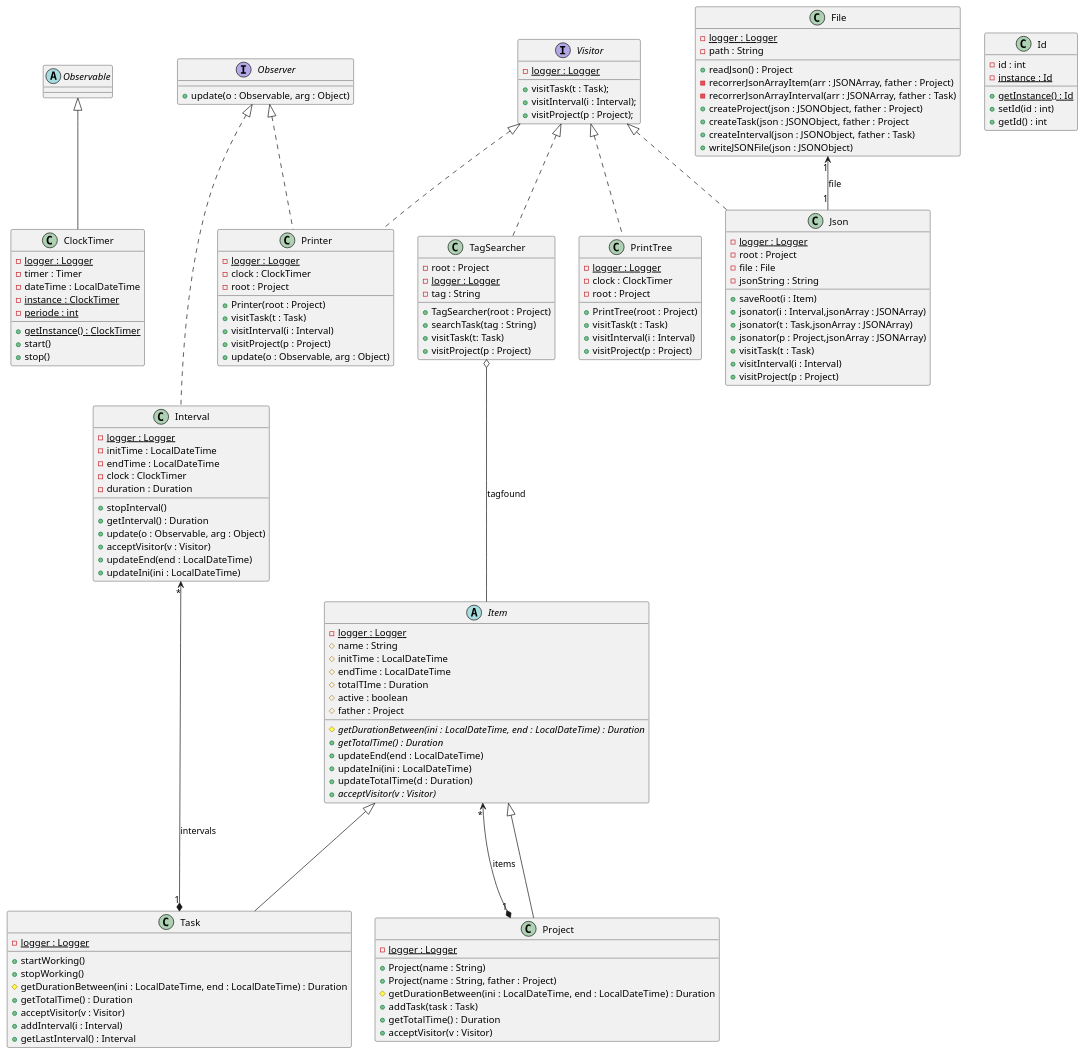
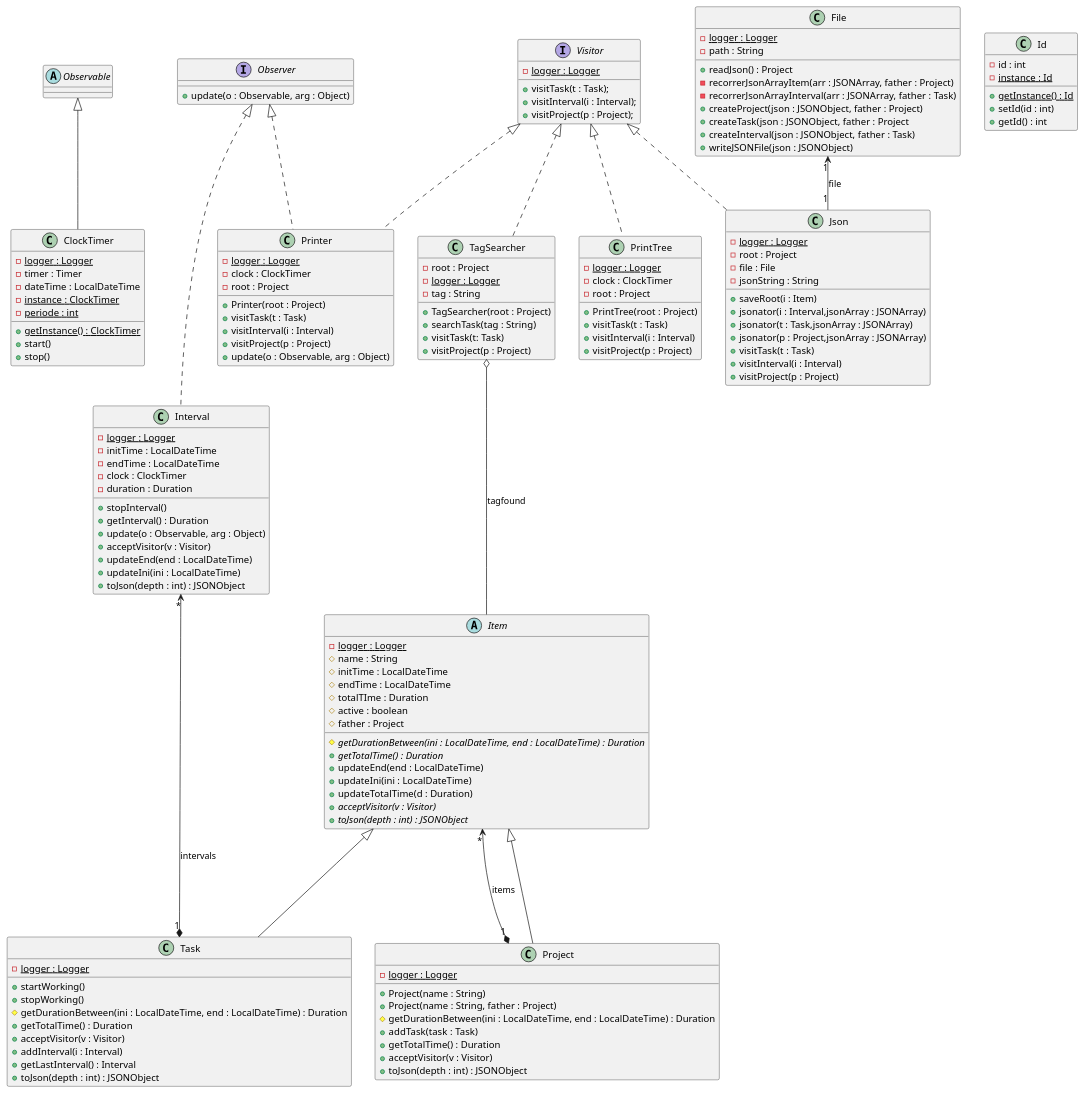
Before and after one commit to ewyalcuadrao/DS_practica: the diagram in diagrama_Timetracker_milestone3.puml, drawn with PlantUML.

Commit message:
Milestone 3 commit

```diff
--- a/diagrama_Timetracker_milestone3.puml
+++ b/diagrama_Timetracker_milestone3.puml
@@ -1,158 +1,162 @@
 @startuml
 abstract Observable{
 
 }
 
 interface Observer{
 + update(o : Observable, arg : Object)
 }
 
 abstract Item{
 - {static} logger : Logger
 # name : String
 # initTime : LocalDateTime
 # endTime : LocalDateTime
 # totalTIme : Duration
 # active : boolean
 # father : Project
 # {abstract} getDurationBetween(ini : LocalDateTime, end : LocalDateTime) : Duration
 + {abstract} getTotalTime() : Duration
 + updateEnd(end : LocalDateTime)
 + updateIni(ini : LocalDateTime)
 + updateTotalTime(d : Duration)
 + {abstract} acceptVisitor(v : Visitor)
++ {abstract} toJson(depth : int) : JSONObject
 }
 
 
 class Project{
 - {static} logger : Logger
 + Project(name : String)
 + Project(name : String, father : Project)
 # getDurationBetween(ini : LocalDateTime, end : LocalDateTime) : Duration
 + addTask(task : Task)
 + getTotalTime() : Duration
 + acceptVisitor(v : Visitor)
++ toJson(depth : int) : JSONObject
 }
 
 class Task{
 - {static} logger : Logger
 + startWorking()
 + stopWorking()
 # getDurationBetween(ini : LocalDateTime, end : LocalDateTime) : Duration
 + getTotalTime() : Duration
 + acceptVisitor(v : Visitor)
 + addInterval(i : Interval)
 + getLastInterval() : Interval
++ toJson(depth : int) : JSONObject
 }
 
 class Interval{
 - {static} logger : Logger
 - initTime : LocalDateTime
 - endTime : LocalDateTime
 - clock : ClockTimer
 - duration : Duration
 + stopInterval()
 + getInterval() : Duration
 + update(o : Observable, arg : Object)
 + acceptVisitor(v : Visitor)
 + updateEnd(end : LocalDateTime)
 + updateIni(ini : LocalDateTime)
++ toJson(depth : int) : JSONObject
 }
 
 class ClockTimer{
 - {static} logger : Logger
 - timer : Timer
 - dateTime : LocalDateTime
 - {static} instance : ClockTimer
 - {static} periode : int
 + {static} getInstance() : ClockTimer
 + start()
 + stop()
 }
 
 interface Visitor{
 - {static} logger : Logger
 + visitTask(t : Task);
 + visitInterval(i : Interval);
 + visitProject(p : Project);
 }
 
 class Printer{
 - {static} logger : Logger
 - clock : ClockTimer
 - root : Project
 + Printer(root : Project)
 + visitTask(t : Task)
 + visitInterval(i : Interval)
 + visitProject(p : Project)
 + update(o : Observable, arg : Object)
 }
 
 class Json{
 - {static} logger : Logger
 - root : Project
 - file : File
 - jsonString : String
 + saveRoot(i : Item)
 + jsonator(i : Interval,jsonArray : JSONArray)
 + jsonator(t : Task,jsonArray : JSONArray)
 + jsonator(p : Project,jsonArray : JSONArray)
 + visitTask(t : Task)
 + visitInterval(i : Interval)
 + visitProject(p : Project)
 }
 
 class File{
 - {static} logger : Logger
 - path : String
 + readJson() : Project
 - recorrerJsonArrayItem(arr : JSONArray, father : Project)
 - recorrerJsonArrayInterval(arr : JSONArray, father : Task)
 + createProject(json : JSONObject, father : Project)
 + createTask(json : JSONObject, father : Project
 + createInterval(json : JSONObject, father : Task)
 + writeJSONFile(json : JSONObject)
 }
 
 class PrintTree{
 - {static} logger : Logger
 - clock : ClockTimer
 - root : Project
 + PrintTree(root : Project)
 + visitTask(t : Task)
 + visitInterval(i : Interval)
 + visitProject(p : Project)
 }
 
 class TagSearcher{
 - root : Project
 - {static} logger : Logger
 - tag : String
 + TagSearcher(root : Project)
 + searchTask(tag : String)
 + visitTask(t: Task)
 + visitProject(p : Project)
 }
 
 class Id{
 - id : int
 - {static} instance : Id
 + {static} getInstance() : Id
 + setId(id : int)
 + getId() : int
 }
 
 Item <|--- Project
 Item <|--- Task
 Item "*"<---*"1" Project : items
 Interval "*"<---*"1" Task : intervals
 Observer <|.. Interval
 Observable <|-- ClockTimer
 Observer <|.. Printer
 Visitor <|.. Printer
 Visitor <|.. Json
 File "1"<--"1" Json : file
 Visitor <|.. PrintTree
 Visitor <|.. TagSearcher
 TagSearcher o-- Item : tagfound
 @enduml
```
